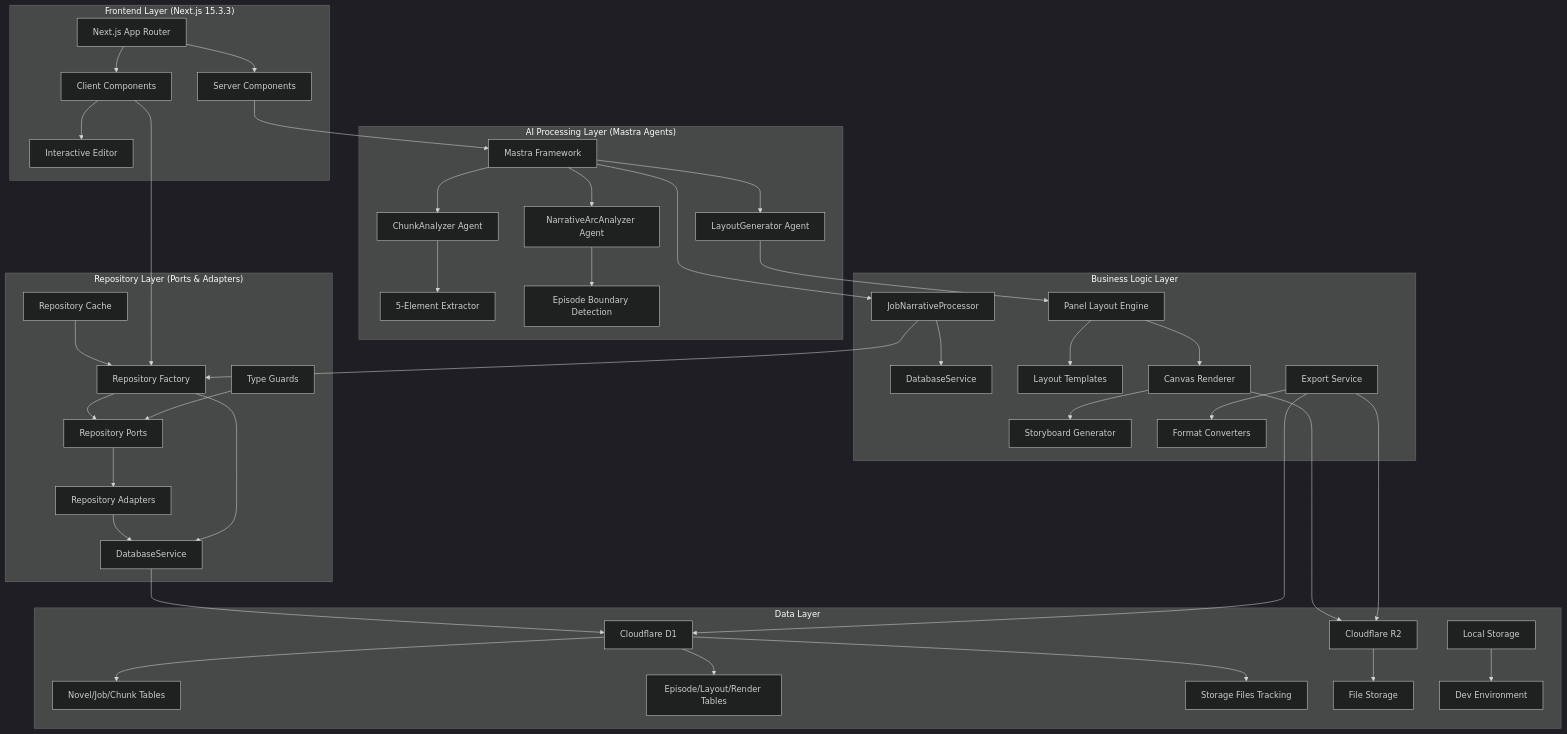
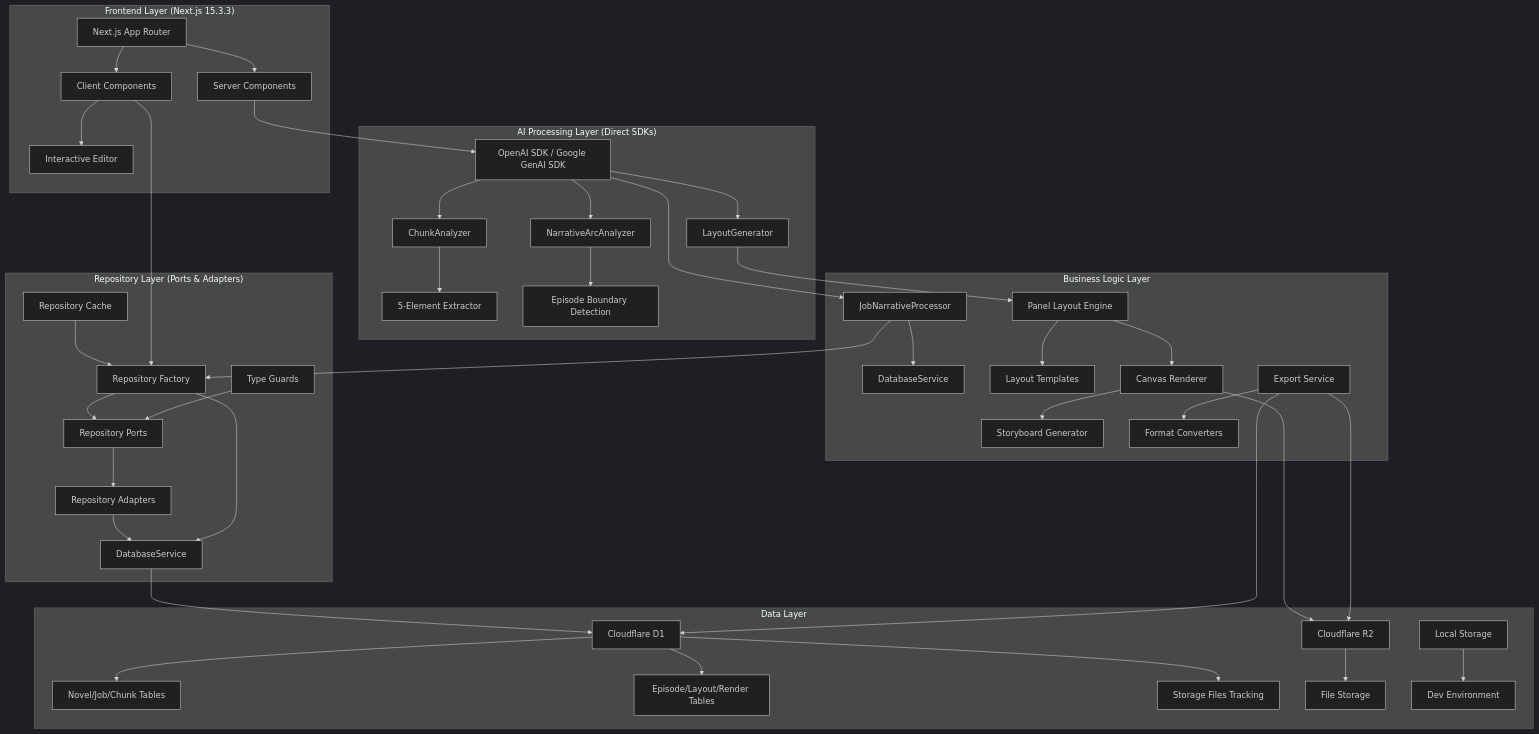
The first of 7 diagrams in .kiro/specs/novel-to-manga-converter/design.md (matsuvr/novel2manga-ts), drawn with Mermaid (dark theme) before and after one commit. The commit also changed other lines of this file and 11 other files, not shown here.

````diff
--- a/.kiro/specs/novel-to-manga-converter/design.md
+++ b/.kiro/specs/novel-to-manga-converter/design.md
@@ -117,51 +117,51 @@
 ```mermaid
 graph TB
     subgraph "Frontend Layer (Next.js 15.3.3)"
         A[Next.js App Router] --> B[Server Components]
         A --> C[Client Components]
         C --> D[Interactive Editor]
     end
 
-    subgraph "AI Processing Layer (Mastra Agents)"
-        E[Mastra Framework] --> F[ChunkAnalyzer Agent]
-        E --> G[LayoutGenerator Agent]
-        E --> H[NarrativeArcAnalyzer Agent]
+    subgraph "AI Processing Layer (Direct SDKs)"
+        E[OpenAI SDK / Google GenAI SDK] --> F[ChunkAnalyzer]
+        E --> G[LayoutGenerator]
+        E --> H[NarrativeArcAnalyzer]
         F --> I[5-Element Extractor]
         H --> J[Episode Boundary Detection]
     end
 
     subgraph "Business Logic Layer"
         K[JobNarrativeProcessor] --> L[DatabaseService]
         M[Panel Layout Engine] --> N[Layout Templates]
         O[Canvas Renderer] --> P[Storyboard Generator]
         Q[Export Service] --> R[Format Converters]
     end
 
     subgraph "Repository Layer (Ports & Adapters)"
         RA[Repository Adapters] --> RD[DatabaseService]
         RP[Repository Ports] --> RA
         RF[Repository Factory] --> RP
         RT[Type Guards] --> RP
         RC[Repository Cache] --> RF
     end
 
     subgraph "Data Layer"
         S[Cloudflare D1] --> T[Novel/Job/Chunk Tables]
         S --> U[Episode/Layout/Render Tables]
         S --> V[Storage Files Tracking]
         W[Cloudflare R2] --> X[File Storage]
         Y[Local Storage] --> Z[Dev Environment]
     end
 
     B --> E
     C --> RF
     E --> K
     K --> RF
     RF --> RD
     RD --> S
     G --> M
     M --> O
     O --> W
     Q --> S
     Q --> W
 ```
````
